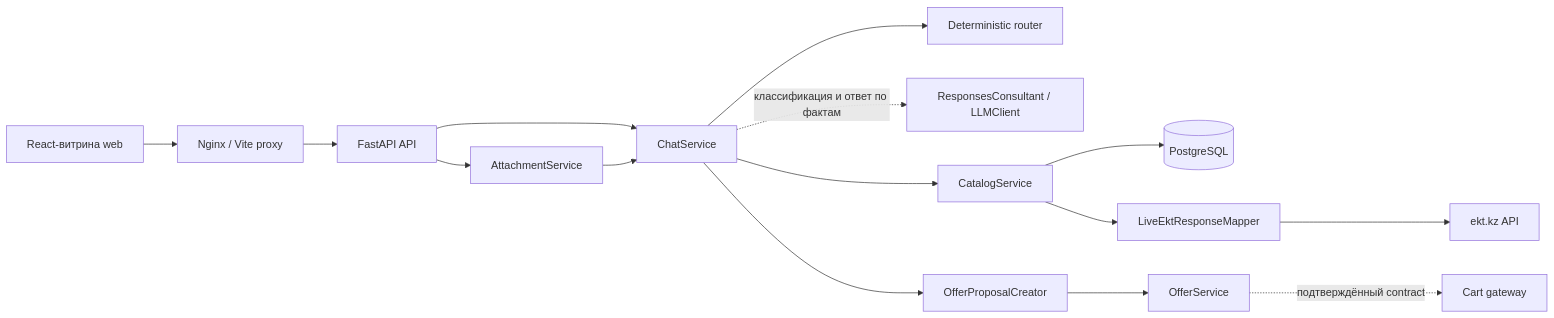
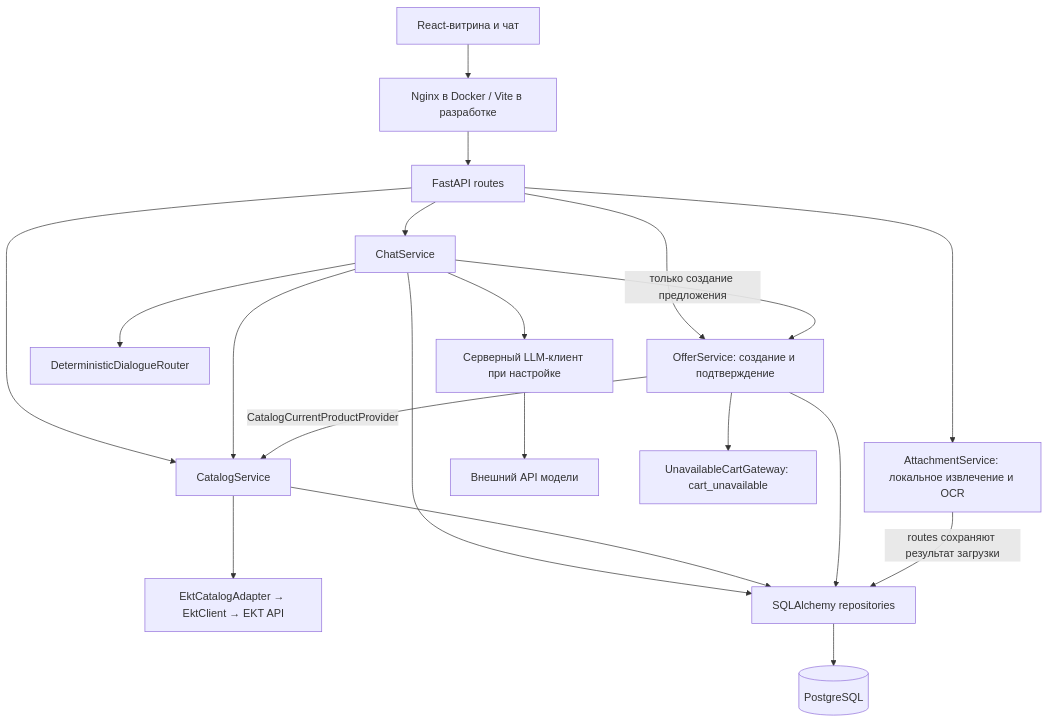
One commit to BAITC-Hacks/hack-4cfe9779-k14 changed the first of 2 diagrams in README.md. Above: the diagram before and after it, drawn with Mermaid. The commit also changed other lines of this file and 1 other file, not shown here.

Commit message:
docs: align architecture with implemented services

````diff
--- a/README.md
+++ b/README.md
@@ -66,19 +68,24 @@
 ```mermaid
-flowchart LR
-    Browser["React-витрина web"] --> Proxy["Nginx / Vite proxy"]
-    Proxy --> API["FastAPI API"]
+flowchart TB
+    Web["React-витрина и чат"] --> Proxy["Nginx в Docker / Vite в разработке"]
+    Proxy --> API["FastAPI routes"]
+    API --> Chat["ChatService"]
+    API --> Catalog["CatalogService"]
+    API --> Files["AttachmentService: локальное извлечение и OCR"]
+    API --> Offers["OfferService: создание и подтверждение"]
 
-    API --> Chat["ChatService"]
-    Chat --> Router["Deterministic router"]
-    Chat -. классификация и ответ по фактам .-> LLM["ResponsesConsultant / LLMClient"]
-    Chat --> Catalog["CatalogService"]
-    Chat --> Offers["OfferProposalCreator"]
+    Chat --> Router["DeterministicDialogueRouter"]
+    Chat --> Model["Серверный LLM-клиент при настройке"]
+    Model --> LLM["Внешний API модели"]
+    Chat --> Catalog
+    Chat -->|"только создание предложения"| Offers
+    Offers -->|"CatalogCurrentProductProvider"| Catalog
+    Catalog --> EKT["EktCatalogAdapter → EktClient → EKT API"]
+    Offers --> Cart["UnavailableCartGateway: cart_unavailable"]
 
-    API --> Attachments["AttachmentService"]
-    Attachments --> Chat
-    Catalog --> Database[("PostgreSQL")]
-    Catalog --> Mapper["LiveEktResponseMapper"]
-    Mapper --> EKT["ekt.kz API"]
-    Offers --> OfferService["OfferService"]
-    OfferService -. подтверждённый contract .-> Cart["Cart gateway"]
+    Chat --> Repos["SQLAlchemy repositories"]
+    Catalog --> Repos
+    Offers --> Repos
+    Files -->|"routes сохраняют результат загрузки"| Repos
+    Repos --> DB[("PostgreSQL")]
 ```
````
